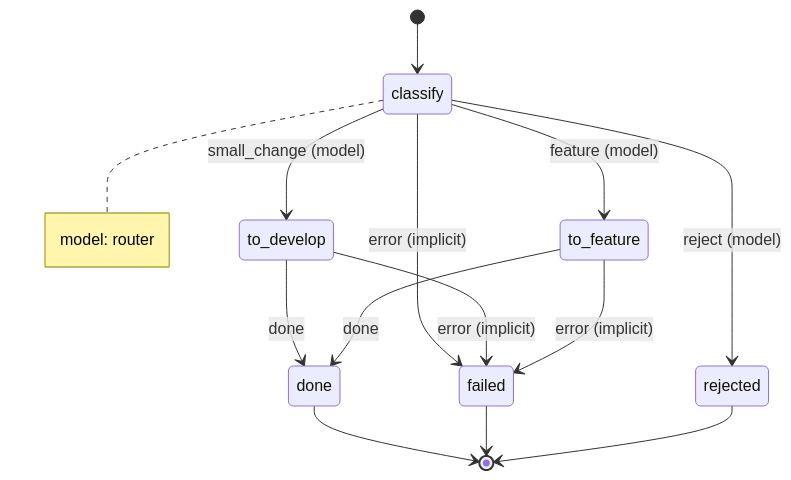
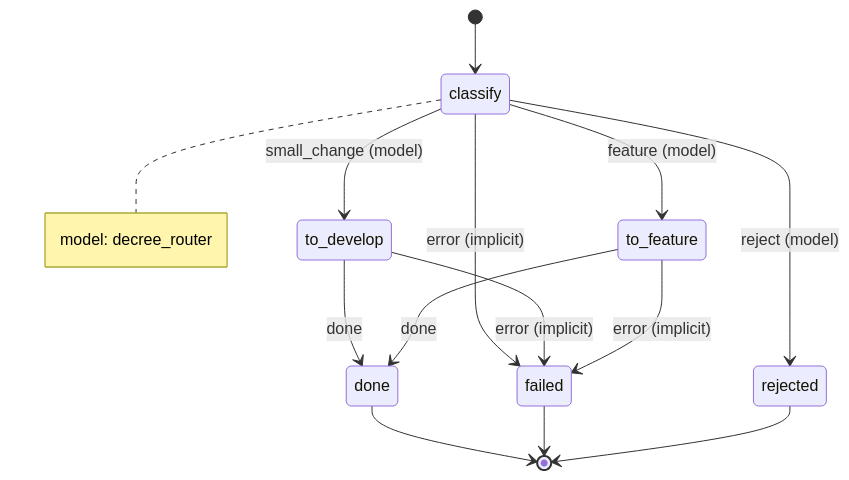
One commit to jtmckay/decree changed the diagram in tests/fixtures/feature/.decree/machines/triage/graph.md. Above: the diagram before and after it, drawn with Mermaid. The commit also changed 184 other files, not shown here.

````diff
--- a/tests/fixtures/feature/.decree/machines/triage/graph.md
+++ b/tests/fixtures/feature/.decree/machines/triage/graph.md
@@ -7,18 +7,18 @@
 ```mermaid
 stateDiagram-v2
     [*] --> classify
     classify --> failed: error (implicit)
     classify --> to_feature: feature (model)
     classify --> rejected: reject (model)
     classify --> to_develop: small_change (model)
     to_develop --> done: done
     to_develop --> failed: error (implicit)
     to_feature --> done: done
     to_feature --> failed: error (implicit)
     done --> [*]
     failed --> [*]
     rejected --> [*]
     note right of classify
-        model: router
+        model: decree_router
     end note
 ```
````
